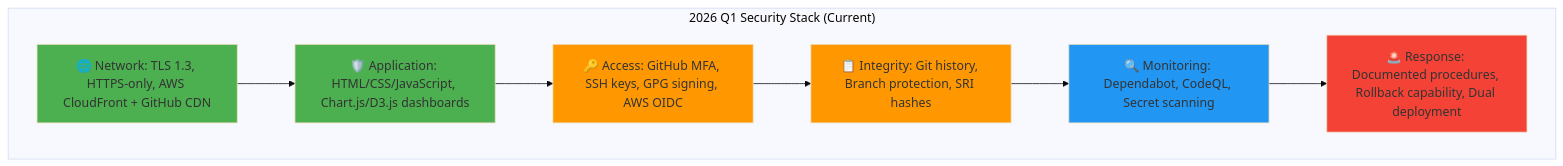
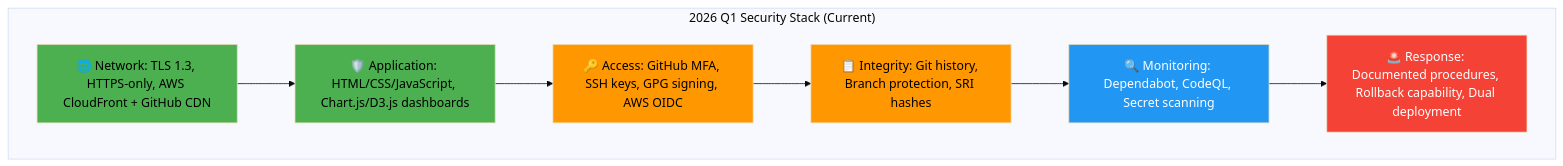
The first of 9 diagrams in FUTURE_SECURITY_ARCHITECTURE.md (Hack23/riksdagsmonitor), drawn with Mermaid (base theme) before and after one commit. The commit also changed other lines of this file and 11 other files, not shown here.

First line of the commit message:
Fix broken mermaid diagrams: SWOT gantt, quadrantChart theming, init quotes, text colors

````diff
--- a/FUTURE_SECURITY_ARCHITECTURE.md
+++ b/FUTURE_SECURITY_ARCHITECTURE.md
@@ -133,24 +133,24 @@
 ```mermaid
 graph TB
     subgraph "2026 Q1 Security Stack (Current)"
         L1[🌐 Network: TLS 1.3, HTTPS-only, AWS CloudFront + GitHub CDN]
         L2[🛡️ Application: HTML/CSS/JavaScript, Chart.js/D3.js dashboards]
         L3[🔑 Access: GitHub MFA, SSH keys, GPG signing, AWS OIDC]
         L4[📋 Integrity: Git history, Branch protection, SRI hashes]
         L5[🔍 Monitoring: Dependabot, CodeQL, Secret scanning]
         L6[🚨 Response: Documented procedures, Rollback capability, Dual deployment]
     end
     
     L1 --> L2
     L2 --> L3
     L3 --> L4
     L4 --> L5
     L5 --> L6
     
-    style L1 fill:#4caf50
-    style L2 fill:#4caf50
-    style L3 fill:#ff9800
-    style L4 fill:#ff9800
-    style L5 fill:#2196f3
-    style L6 fill:#f44336
+    style L1 fill:#4caf50,color:#000000
+    style L2 fill:#4caf50,color:#000000
+    style L3 fill:#ff9800,color:#000000
+    style L4 fill:#ff9800,color:#000000
+    style L5 fill:#2196f3,color:#ffffff
+    style L6 fill:#f44336,color:#ffffff
 ```
````
